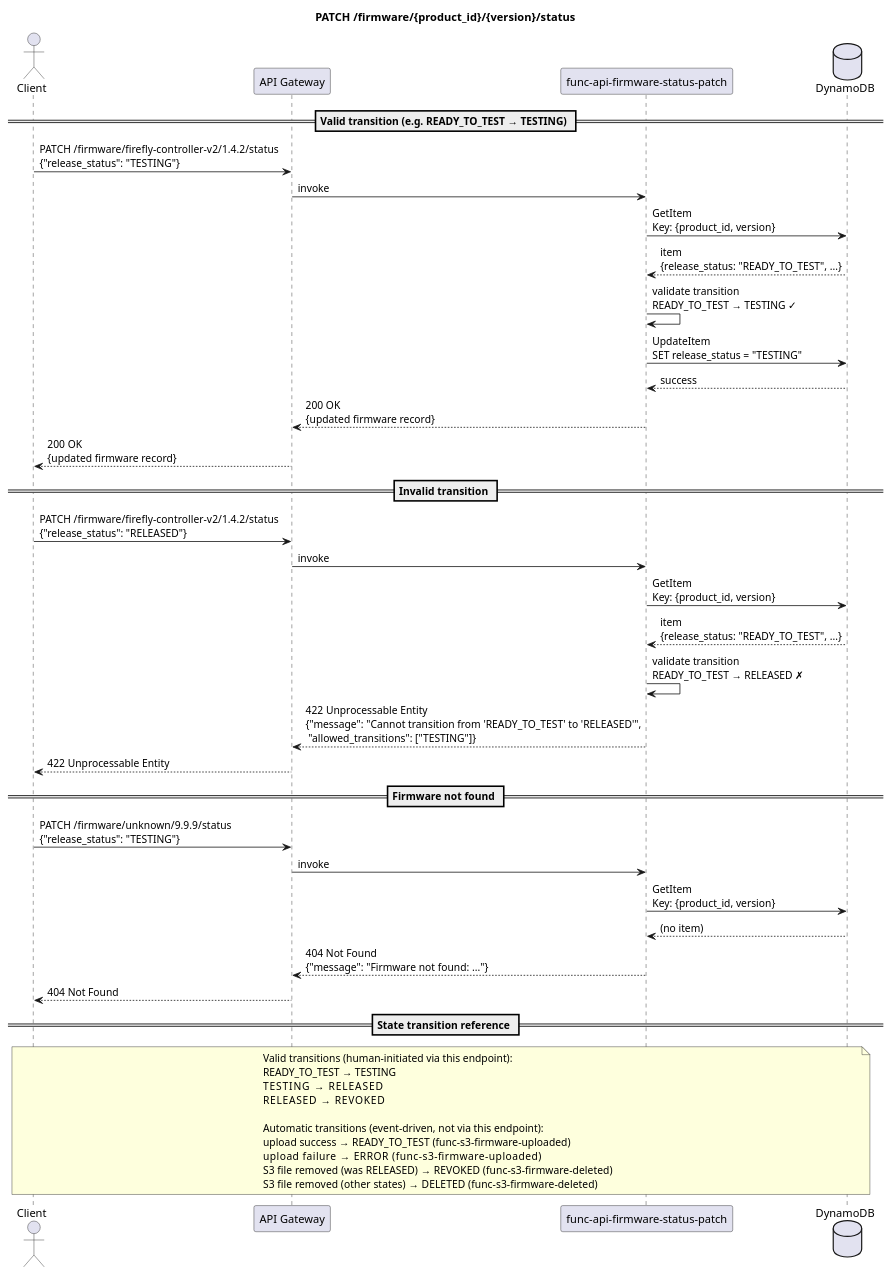
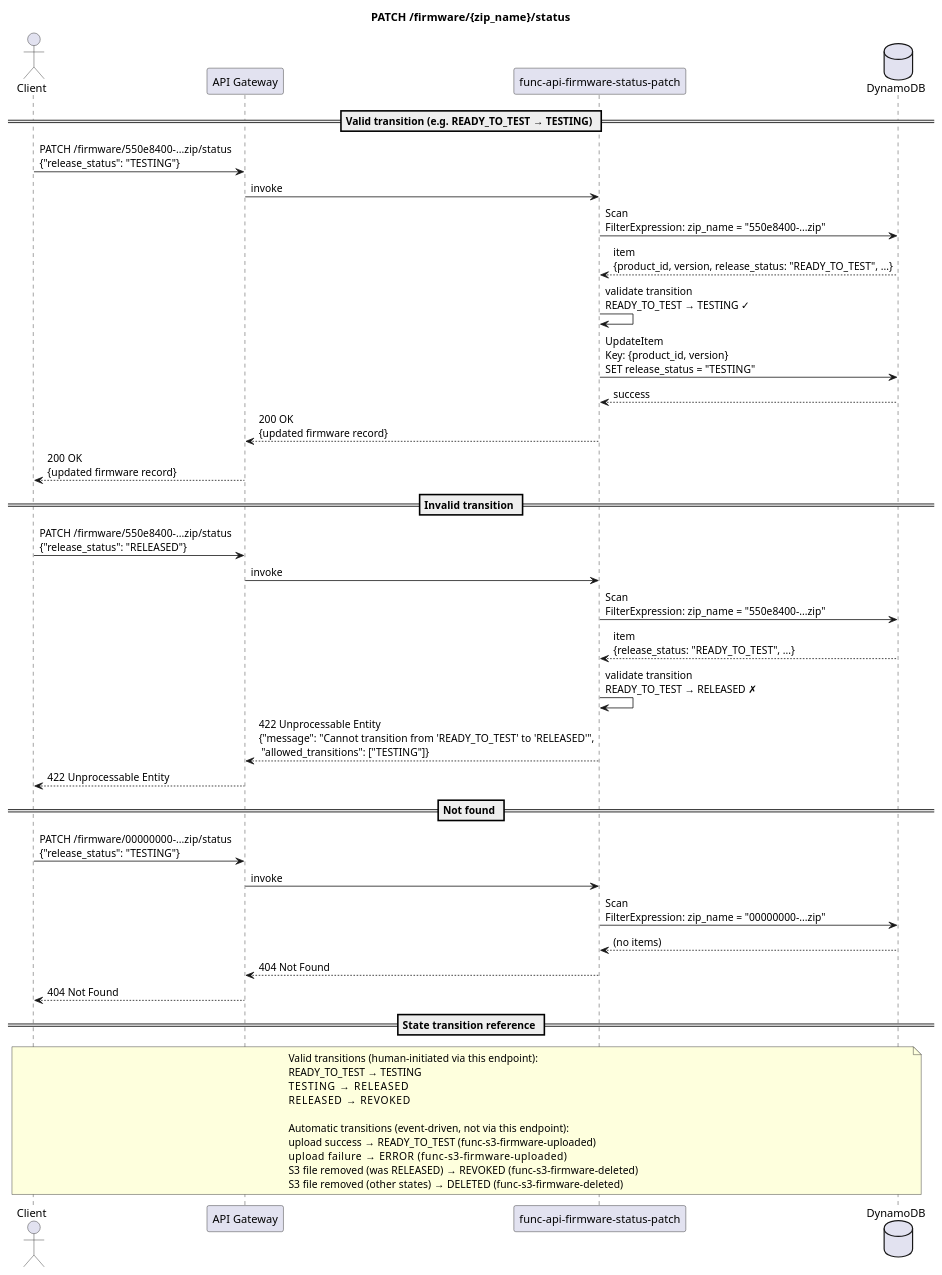
One commit to BrentIO/FireFly-Cloud changed the diagram in docs/sequences/patch-firmware-status.puml. Above: the diagram before and after it, drawn with PlantUML. The commit also changed 4 other files, not shown here.

First line of the commit message:
Update OpenAPI spec and sequence diagrams

```diff
--- a/docs/sequences/patch-firmware-status.puml
+++ b/docs/sequences/patch-firmware-status.puml
@@ -1,56 +1,56 @@
-@startuml PATCH /firmware/{product_id}/{version}/status
+@startuml PATCH /firmware/{zip_name}/status
 
-title PATCH /firmware/{product_id}/{version}/status
+title PATCH /firmware/{zip_name}/status
 
 actor Client
 participant "API Gateway" as APIGW
 participant "func-api-firmware-status-patch" as Lambda
 database DynamoDB
 
 == Valid transition (e.g. READY_TO_TEST → TESTING) ==
 
-Client -> APIGW : PATCH /firmware/firefly-controller-v2/1.4.2/status\n{"release_status": "TESTING"}
+Client -> APIGW : PATCH /firmware/550e8400-...zip/status\n{"release_status": "TESTING"}
 APIGW -> Lambda : invoke
-Lambda -> DynamoDB : GetItem\nKey: {product_id, version}
-DynamoDB --> Lambda : item\n{release_status: "READY_TO_TEST", ...}
+Lambda -> DynamoDB : Scan\nFilterExpression: zip_name = "550e8400-...zip"
+DynamoDB --> Lambda : item\n{product_id, version, release_status: "READY_TO_TEST", ...}
 Lambda -> Lambda : validate transition\nREADY_TO_TEST → TESTING ✓
-Lambda -> DynamoDB : UpdateItem\nSET release_status = "TESTING"
+Lambda -> DynamoDB : UpdateItem\nKey: {product_id, version}\nSET release_status = "TESTING"
 DynamoDB --> Lambda : success
 Lambda --> APIGW : 200 OK\n{updated firmware record}
 APIGW --> Client : 200 OK\n{updated firmware record}
 
 == Invalid transition ==
 
-Client -> APIGW : PATCH /firmware/firefly-controller-v2/1.4.2/status\n{"release_status": "RELEASED"}
+Client -> APIGW : PATCH /firmware/550e8400-...zip/status\n{"release_status": "RELEASED"}
 APIGW -> Lambda : invoke
-Lambda -> DynamoDB : GetItem\nKey: {product_id, version}
+Lambda -> DynamoDB : Scan\nFilterExpression: zip_name = "550e8400-...zip"
 DynamoDB --> Lambda : item\n{release_status: "READY_TO_TEST", ...}
 Lambda -> Lambda : validate transition\nREADY_TO_TEST → RELEASED ✗
 Lambda --> APIGW : 422 Unprocessable Entity\n{"message": "Cannot transition from 'READY_TO_TEST' to 'RELEASED'",\n "allowed_transitions": ["TESTING"]}
 APIGW --> Client : 422 Unprocessable Entity
 
-== Firmware not found ==
+== Not found ==
 
-Client -> APIGW : PATCH /firmware/unknown/9.9.9/status\n{"release_status": "TESTING"}
+Client -> APIGW : PATCH /firmware/00000000-...zip/status\n{"release_status": "TESTING"}
 APIGW -> Lambda : invoke
-Lambda -> DynamoDB : GetItem\nKey: {product_id, version}
-DynamoDB --> Lambda : (no item)
-Lambda --> APIGW : 404 Not Found\n{"message": "Firmware not found: ..."}
+Lambda -> DynamoDB : Scan\nFilterExpression: zip_name = "00000000-...zip"
+DynamoDB --> Lambda : (no items)
+Lambda --> APIGW : 404 Not Found
 APIGW --> Client : 404 Not Found
 
 == State transition reference ==
 
 note over Client, DynamoDB
   Valid transitions (human-initiated via this endpoint):
   READY_TO_TEST → TESTING
   TESTING       → RELEASED
   RELEASED      → REVOKED
 
   Automatic transitions (event-driven, not via this endpoint):
   upload success → READY_TO_TEST  (func-s3-firmware-uploaded)
   upload failure → ERROR          (func-s3-firmware-uploaded)
   S3 file removed (was RELEASED)  → REVOKED  (func-s3-firmware-deleted)
   S3 file removed (other states)  → DELETED  (func-s3-firmware-deleted)
 end note
 
 @enduml
```
